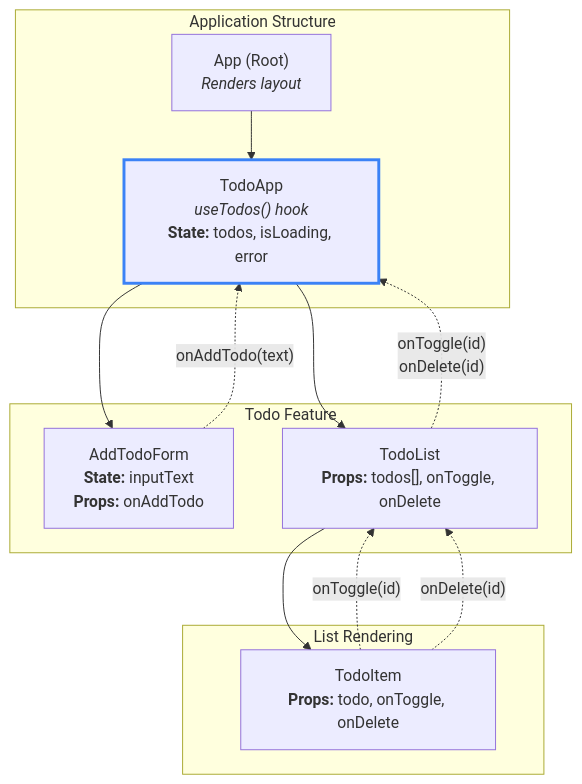
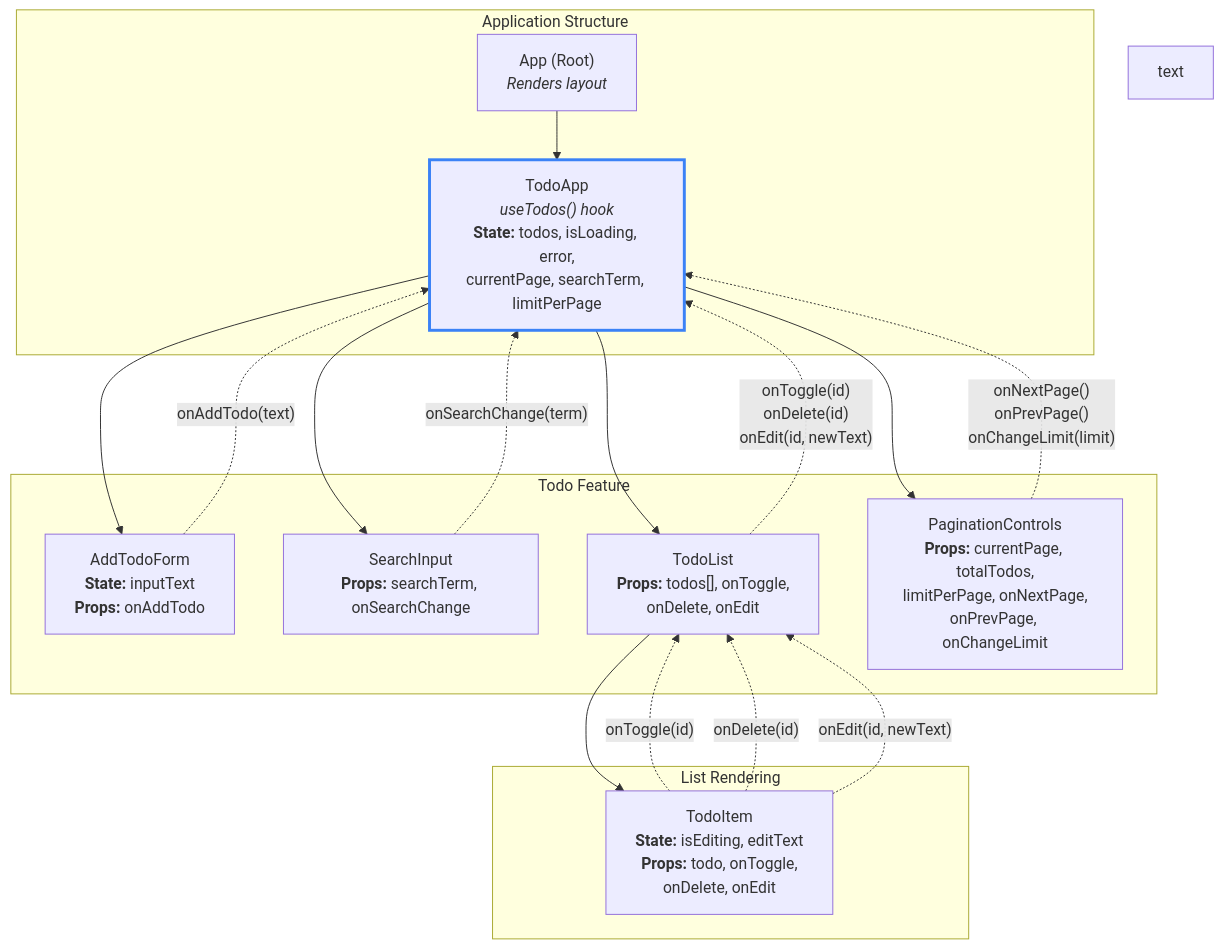
One commit to 100kgtrotila/react_lab4 changed the diagram in README.md. Above: the diagram before and after it, drawn with Mermaid. The commit also changed other lines of this file and 5 other files, not shown here.

````diff
--- a/README.md
+++ b/README.md
@@ -4,30 +4,43 @@
 ```mermaid
 graph TD;
-App["App (Root)<br/><i>Renders layout</i>"]
-TodoApp["TodoApp<br/><i>useTodos() hook</i><br/><b>State:</b> todos, isLoading, error"]
+App["App (Root)
+<i>Renders layout</i>"]
+TodoApp["TodoApp
+<i>useTodos() hook</i>
+<b>State:</b> todos, isLoading, error,
+currentPage, searchTerm, limitPerPage"]
 
-    AddTodoForm["AddTodoForm<br/><b>State:</b> inputText<br/><b>Props:</b> onAddTodo"]
-    TodoList["TodoList<br/><b>Props:</b> todos[], onToggle, onDelete"]
-    
-    TodoItem["TodoItem<br/><b>Props:</b> todo, onToggle, onDelete"]
+text
+AddTodoForm["AddTodoForm<br/><b>State:</b> inputText<br/><b>Props:</b> onAddTodo"]
+SearchInput["SearchInput<br/><b>Props:</b> searchTerm, onSearchChange"]
+TodoList["TodoList<br/><b>Props:</b> todos[], onToggle,<br/>onDelete, onEdit"]
+PaginationControls["PaginationControls<br/><b>Props:</b> currentPage, totalTodos,<br/>limitPerPage, onNextPage,<br/>onPrevPage, onChangeLimit"]
 
-    subgraph "Application Structure"
-        App --> TodoApp
-    end
+TodoItem["TodoItem<br/><b>State:</b> isEditing, editText<br/><b>Props:</b> todo, onToggle,<br/>onDelete, onEdit"]
 
-    subgraph "Todo Feature"
-        TodoApp --> AddTodoForm
-        TodoApp --> TodoList
-    end
+subgraph "Application Structure"
+    App --> TodoApp
+end
 
-    subgraph "List Rendering"
-        TodoList --> TodoItem
-    end
+subgraph "Todo Feature"
+    TodoApp --> AddTodoForm
+    TodoApp --> SearchInput
+    TodoApp --> TodoList
+    TodoApp --> PaginationControls
+end
 
-    style TodoApp stroke:#3b82f6,stroke-width:3px
-    
-    AddTodoForm -.->|"onAddTodo(text)"| TodoApp
-    TodoItem -.->|"onToggle(id)"| TodoList
-    TodoItem -.->|"onDelete(id)"| TodoList
-    TodoList -.->|"onToggle(id)<br/>onDelete(id)"| TodoApp
+subgraph "List Rendering"
+    TodoList --> TodoItem
+end
+
+style TodoApp stroke:#3b82f6,stroke-width:3px
+
+AddTodoForm -.->|"onAddTodo(text)"| TodoApp
+SearchInput -.->|"onSearchChange(term)"| TodoApp
+TodoItem -.->|"onToggle(id)"| TodoList
+TodoItem -.->|"onDelete(id)"| TodoList
+TodoItem -.->|"onEdit(id, newText)"| TodoList
+TodoList -.->|"onToggle(id)<br/>onDelete(id)<br/>onEdit(id, newText)"| TodoApp
+PaginationControls -.->|"onNextPage()<br/>onPrevPage()<br/>onChangeLimit(limit)"| TodoApp
+text
 ```
````
